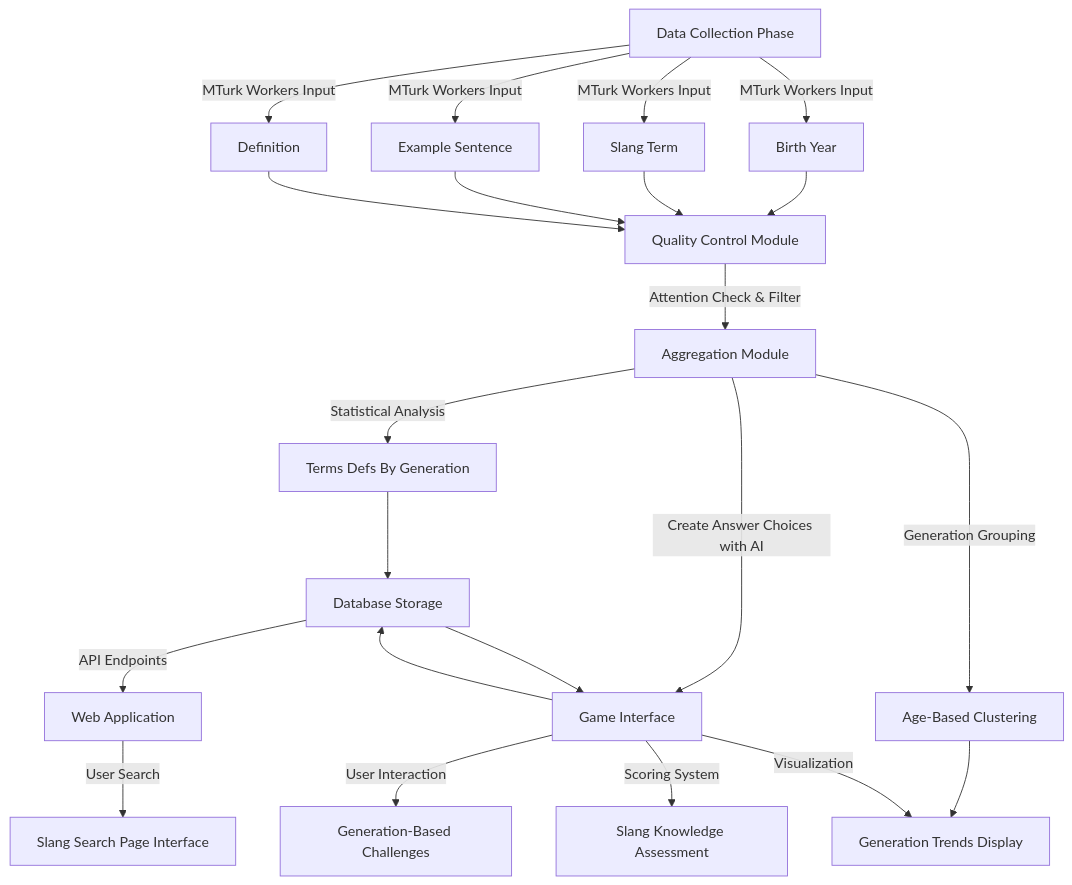
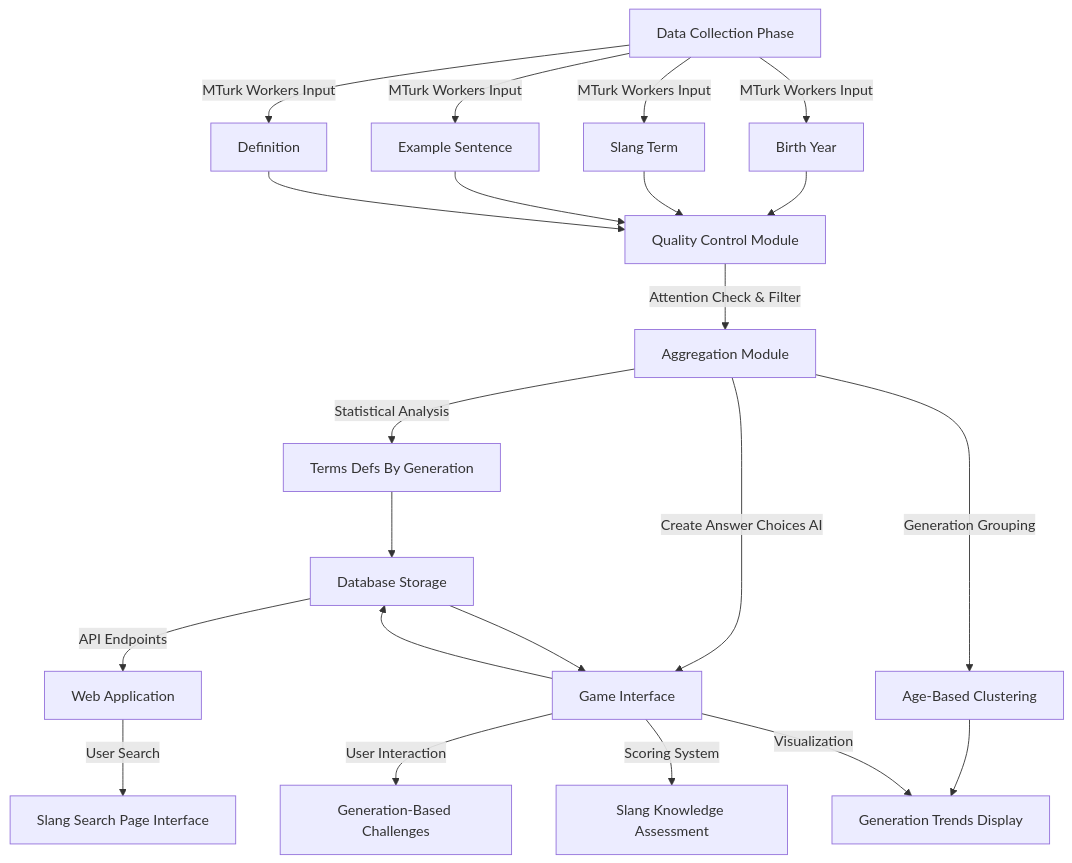
The diagram in flowchat2.md (qareeb19/nets-2130), drawn with Mermaid before and after one commit.

````diff
--- a/flowchat2.md
+++ b/flowchat2.md
@@ -1,32 +1,32 @@
 ```mermaid
 flowchart TD
     A[Data Collection Phase] --> |MTurk Workers Input| A1[Birth Year]
     A --> |MTurk Workers Input| A2[Slang Term]
     A --> |MTurk Workers Input| A3[Example Sentence]
     A --> |MTurk Workers Input| A4[Definition]
 
     A1 --> B[Quality Control Module]
     A2 --> B
     A3 --> B
     A4 --> B
 
     B --> |Attention Check & Filter| C[Aggregation Module]
 
     C --> |Statistical Analysis| C2[Terms Defs By Generation]
     C --> |Generation Grouping| C3[Age-Based Clustering]
 
 
 
     C2 --> E
     C3 --> D3
 
-    C --> |Create Answer Choices with AI| D[Game Interface]
+    C --> |Create Answer Choices AI| D[Game Interface]
     D --> |User Interaction| D1[Generation-Based Challenges]
     D --> |Scoring System| D2[Slang Knowledge Assessment]
     D --> |Visualization| D3[Generation Trends Display]
 
     D --> E[Database Storage]
     E --> D
     E --> |API Endpoints| F[Web Application]
     F --> |User Search| G[Slang Search Page Interface]
 ```
````
